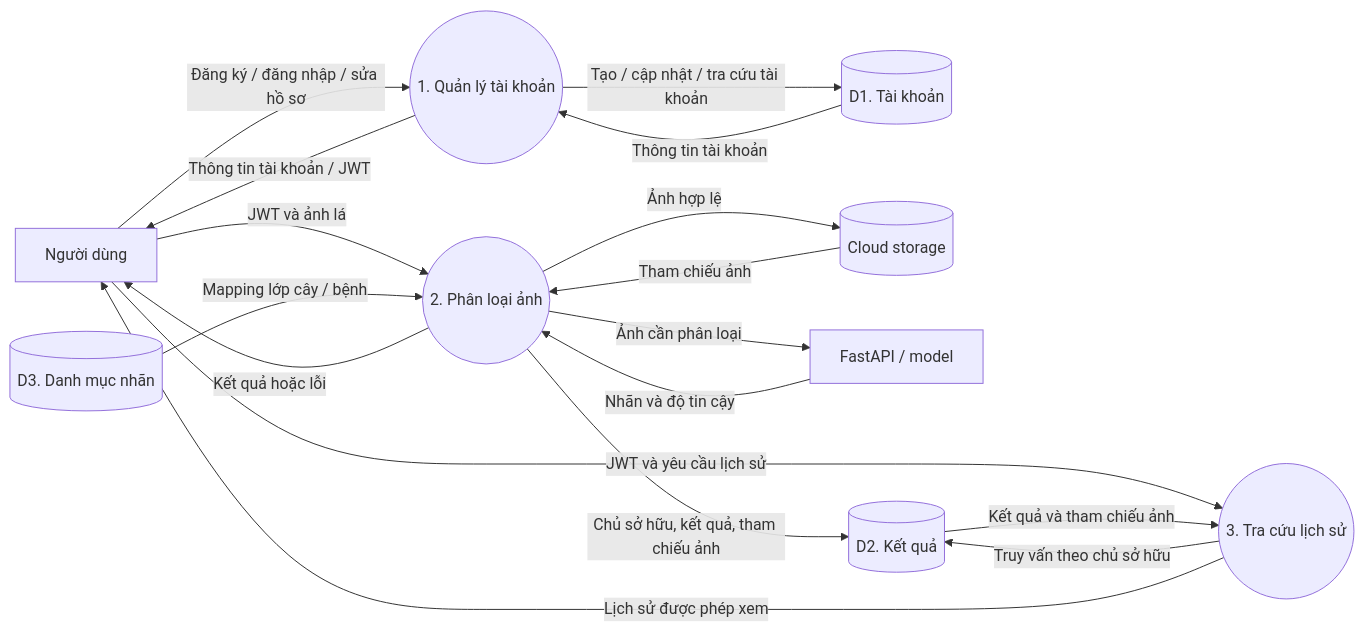
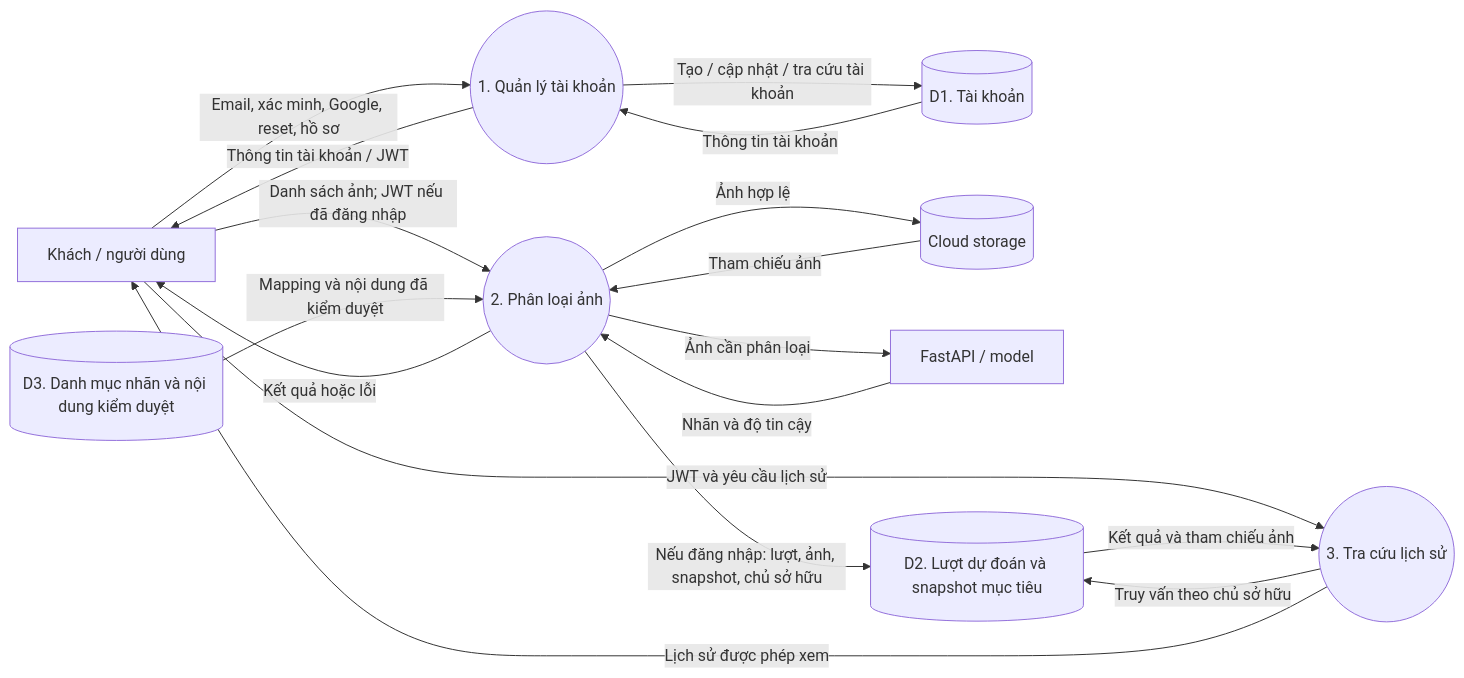
The third of 5 diagrams in docs/system_design_diagrams.md (KayPham05/AgriAI), drawn with Mermaid before and after one commit. The commit also changed other lines of this file and 144 other files, not shown here.

Commit message:
docs: AGRI-76 align requirements and diagrams with current schema

````diff
--- a/docs/system_design_diagrams.md
+++ b/docs/system_design_diagrams.md
@@ -128,21 +97,21 @@
 ```mermaid
 flowchart LR
-    U["Người dùng"] -->|"Đăng ký / đăng nhập / sửa hồ sơ"| P1(("1. Quản lý tài khoản"))
+    U["Khách / người dùng"] -->|"Email, xác minh, Google, reset, hồ sơ"| P1(("1. Quản lý tài khoản"))
     P1 -->|"Thông tin tài khoản / JWT"| U
     P1 -->|"Tạo / cập nhật / tra cứu tài khoản"| D1[("D1. Tài khoản")]
     D1 -->|"Thông tin tài khoản"| P1
 
-    U -->|"JWT và ảnh lá"| P2(("2. Phân loại ảnh"))
+    U -->|"Danh sách ảnh; JWT nếu đã đăng nhập"| P2(("2. Phân loại ảnh"))
     P2 -->|"Ảnh hợp lệ"| C[("Cloud storage")]
     C -->|"Tham chiếu ảnh"| P2
     P2 -->|"Ảnh cần phân loại"| M["FastAPI / model"]
     M -->|"Nhãn và độ tin cậy"| P2
-    D3[("D3. Danh mục nhãn")] -->|"Mapping lớp cây / bệnh"| P2
-    P2 -->|"Chủ sở hữu, kết quả, tham chiếu ảnh"| D2[("D2. Kết quả")]
+    D3[("D3. Danh mục nhãn và nội dung kiểm duyệt")] -->|"Mapping và nội dung đã kiểm duyệt"| P2
+    P2 -->|"Nếu đăng nhập: lượt, ảnh, snapshot, chủ sở hữu"| D2[("D2. Lượt dự đoán và snapshot mục tiêu")]
     P2 -->|"Kết quả hoặc lỗi"| U
 
     U -->|"JWT và yêu cầu lịch sử"| P3(("3. Tra cứu lịch sử"))
     P3 -->|"Truy vấn theo chủ sở hữu"| D2
     D2 -->|"Kết quả và tham chiếu ảnh"| P3
     P3 -->|"Lịch sử được phép xem"| U
 ```
````
